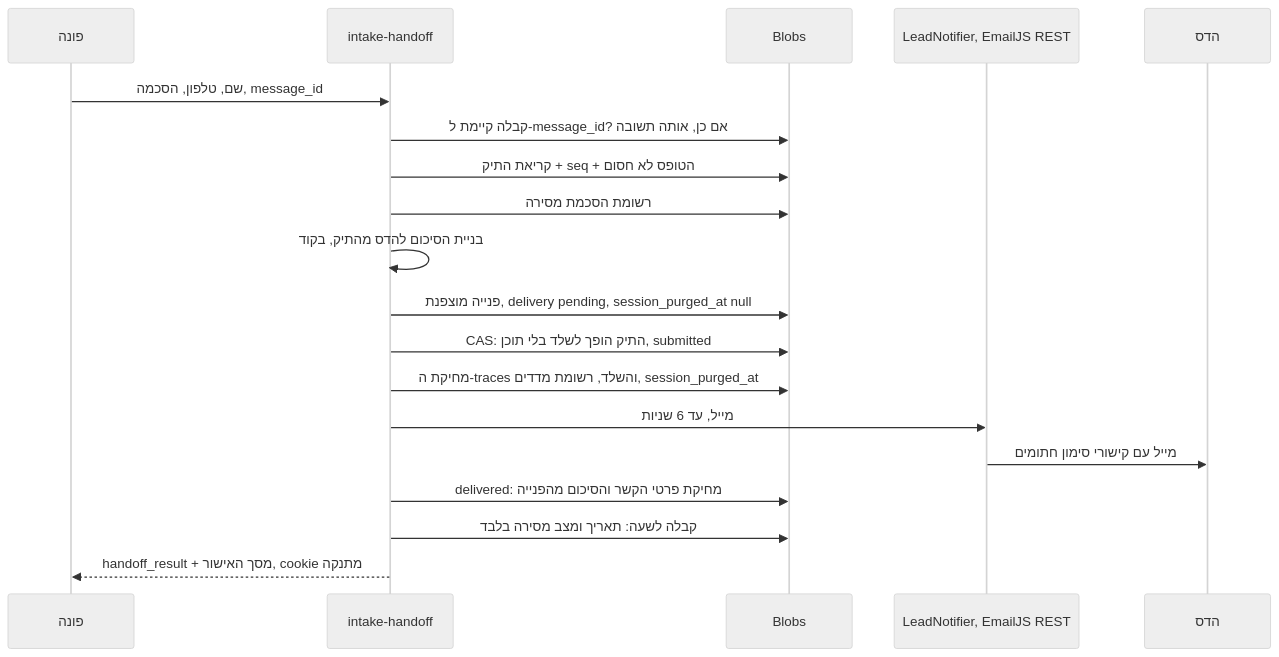
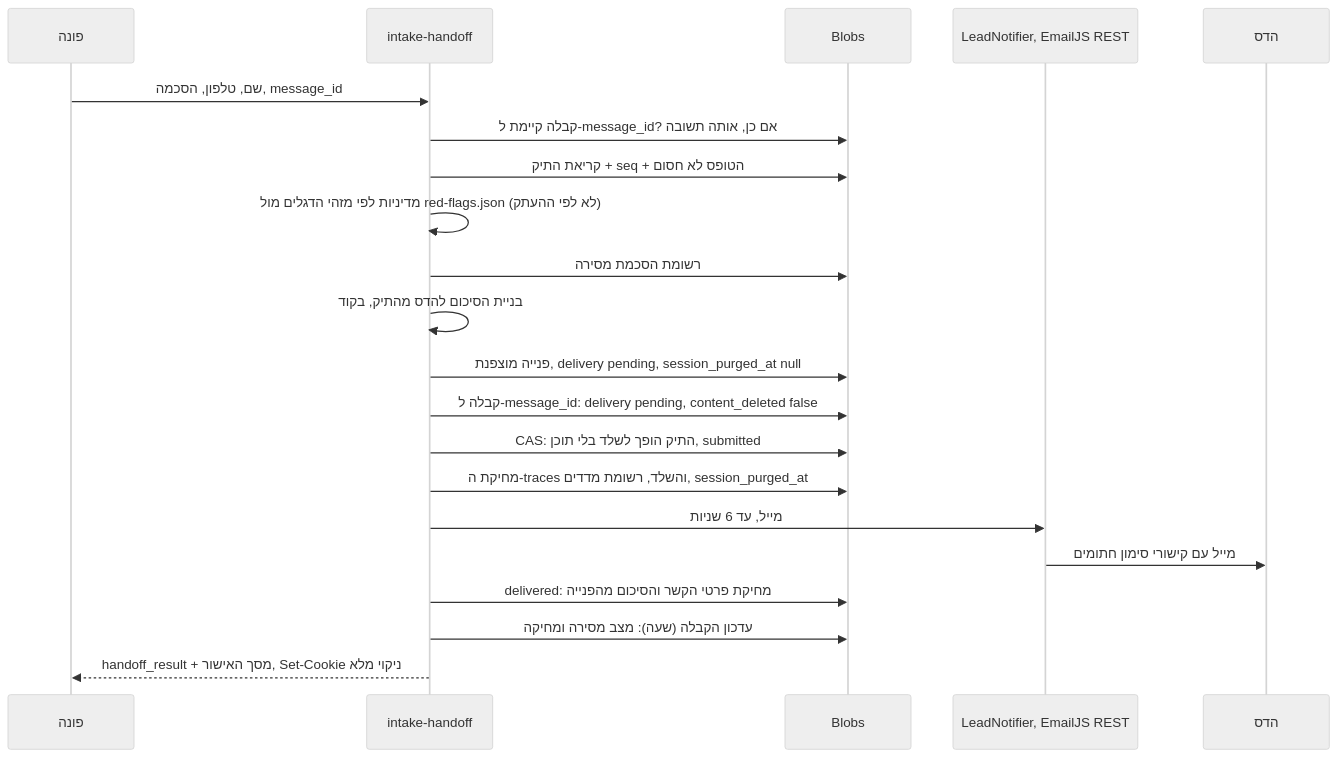
One commit to Elelto/hadas-toda changed the seventh of 7 diagrams in docs/assessment/architecture/ARCHITECTURE.md. Above: the diagram before and after it, drawn with Mermaid (neutral theme). The commit also changed other lines of this file and 42 other files, not shown here.

````diff
--- a/docs/assessment/architecture/ARCHITECTURE.md
+++ b/docs/assessment/architecture/ARCHITECTURE.md
@@ -939,21 +1043,23 @@
 ```mermaid
 sequenceDiagram
   participant U as פונה
   participant F as intake-handoff
   participant B as Blobs
   participant N as LeadNotifier, EmailJS REST
   participant H as הדס
   U->>F: שם, טלפון, הסכמה, message_id
   F->>B: קבלה קיימת ל-message_id? אם כן, אותה תשובה
   F->>B: קריאת התיק + seq + הטופס לא חסום
+  F->>F: מדיניות לפי מזהי הדגלים מול red-flags.json (לא לפי ההעתק)
   F->>B: רשומת הסכמת מסירה
   F->>F: בניית הסיכום להדס מהתיק, בקוד
   F->>B: פנייה מוצפנת, delivery pending, session_purged_at null
+  F->>B: קבלה ל-message_id: delivery pending, content_deleted false
   F->>B: CAS: התיק הופך לשלד בלי תוכן, submitted
   F->>B: מחיקת ה-traces והשלד, רשומת מדדים, session_purged_at
   F->>N: מייל, עד 6 שניות
   N->>H: מייל עם קישורי סימון חתומים
   F->>B: delivered: מחיקת פרטי הקשר והסיכום מהפנייה
-  F->>B: קבלה לשעה: תאריך ומצב מסירה בלבד
-  F-->>U: handoff_result + מסך האישור, cookie מתנקה
+  F->>B: עדכון הקבלה (שעה): מצב מסירה ומחיקה
+  F-->>U: handoff_result + מסך האישור, Set-Cookie ניקוי מלא
 ```
````
